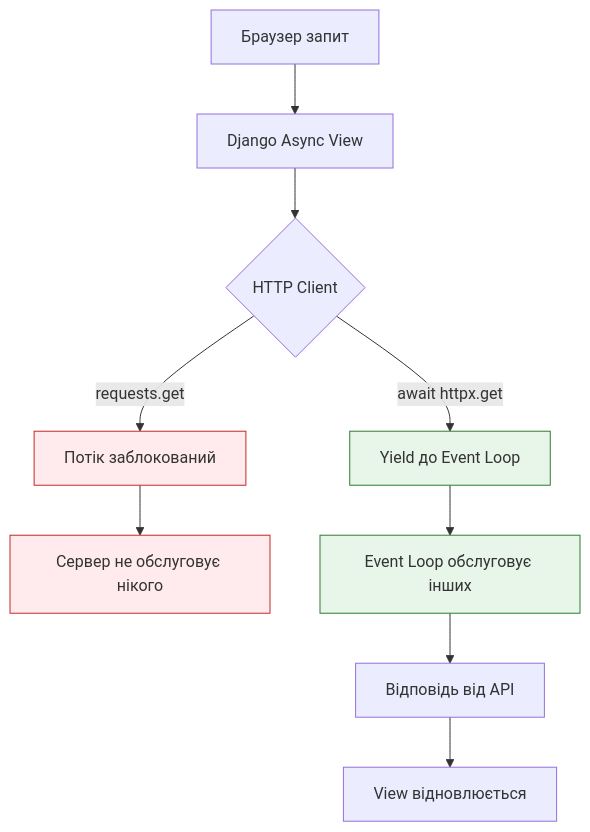
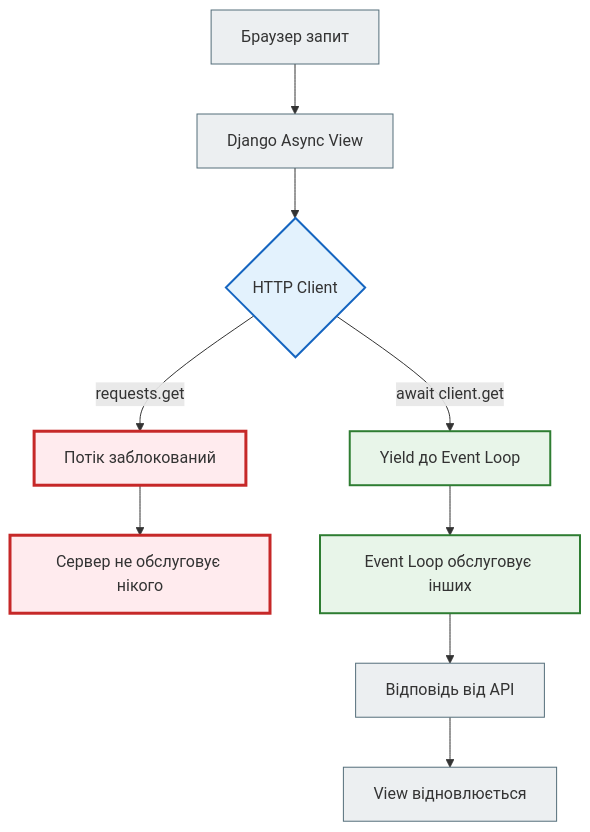
The second of 2 diagrams in docs/09_async_and_realtime/async_07_async_http_clients_full.md (NikoriakViktot/notes_chat_app), drawn with Mermaid before and after one commit. The commit also changed other lines of this file and 441 other files, not shown here.

First line of the commit message:
Add English version of the book, Mermaid standard, docs fixes

````diff
--- a/docs/09_async_and_realtime/async_07_async_http_clients_full.md
+++ b/docs/09_async_and_realtime/async_07_async_http_clients_full.md
@@ -187,18 +187,22 @@
 ```mermaid
 graph TD
     A[Браузер запит] --> B[Django Async View]
     B --> C{HTTP Client}
 
     C -->|requests.get| D[Потік заблокований]
     D --> E[Сервер не обслуговує нікого]
 
-    C -->|await httpx.get| F[Yield до Event Loop]
+    C -->|await client.get| F[Yield до Event Loop]
     F --> G[Event Loop обслуговує інших]
     G --> H[Відповідь від API]
     H --> I[View відновлюється]
 
-    style D fill:#ffebee,stroke:#c62828
-    style E fill:#ffebee,stroke:#c62828
-    style F fill:#e8f5e9,stroke:#2e7d32
-    style G fill:#e8f5e9,stroke:#2e7d32
+    classDef step     fill:#eceff1,stroke:#546e7a,stroke-width:1px;
+    classDef decision fill:#e3f2fd,stroke:#1565c0,stroke-width:2px;
+    classDef success  fill:#e8f5e9,stroke:#2e7d32,stroke-width:2px;
+    classDef error    fill:#ffebee,stroke:#c62828,stroke-width:3px;
+    class A,B,H,I step;
+    class C decision;
+    class F,G success;
+    class D,E error;
 ```
````
